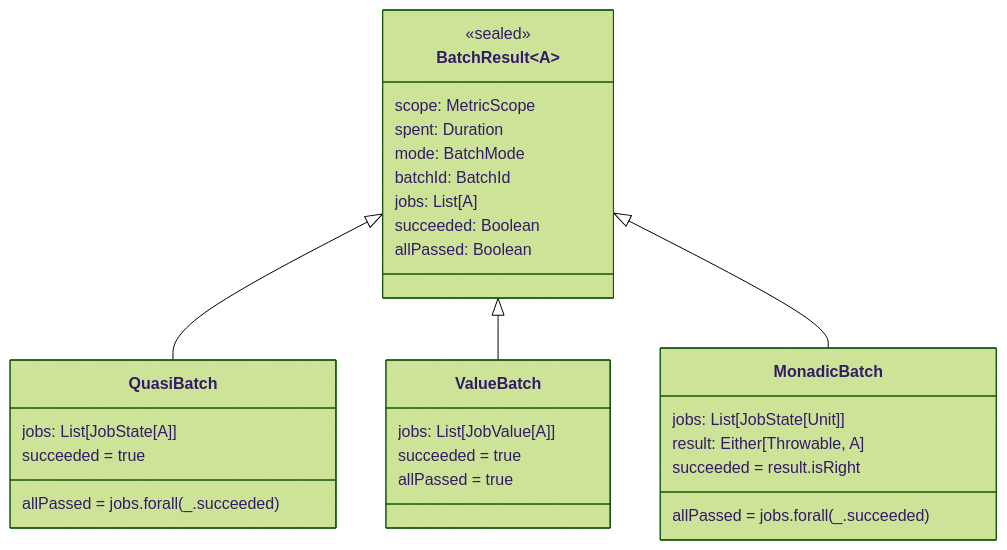
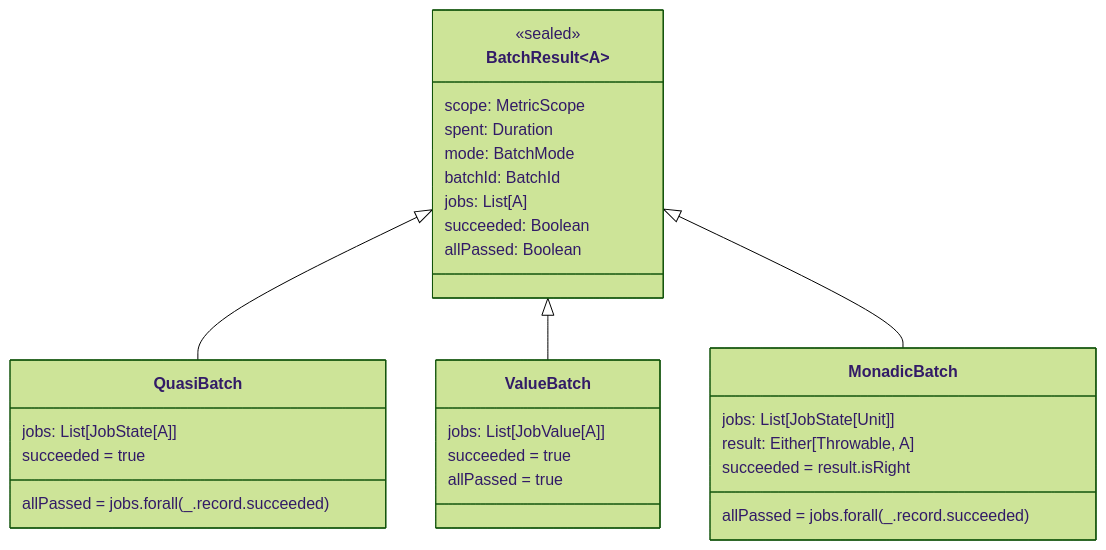
Before and after one commit to chenharryhua/nanjin: the fifth of 7 diagrams in guard/doc/README.md, drawn with Mermaid (forest theme). The commit also changed other lines of this file, not shown here.

Commit message:
Document batch report JSON and the produced-value privacy rule; fix stale allPassed reference

````diff
--- a/guard/doc/README.md
+++ b/guard/doc/README.md
@@ -130,33 +130,33 @@
 ```mermaid
 classDiagram
     class BatchResult~A~ {
         <<sealed>>
         scope: MetricScope
         spent: Duration
         mode: BatchMode
         batchId: BatchId
         jobs: List[A]
         succeeded: Boolean
         allPassed: Boolean
     }
     BatchResult <|-- QuasiBatch
     BatchResult <|-- ValueBatch
     BatchResult <|-- MonadicBatch
 
     class QuasiBatch~A~ {
         jobs: List[JobState[A]]
         succeeded = true
-        allPassed = jobs.forall(_.succeeded)
+        allPassed = jobs.forall(_.record.succeeded)
     }
     class ValueBatch~A~ {
         jobs: List[JobValue[A]]
         succeeded = true
         allPassed = true
     }
     class MonadicBatch~A~ {
         jobs: List[JobState[Unit]]
         result: Either[Throwable, A]
         succeeded = result.isRight
-        allPassed = jobs.forall(_.succeeded)
+        allPassed = jobs.forall(_.record.succeeded)
     }
 ```
````
